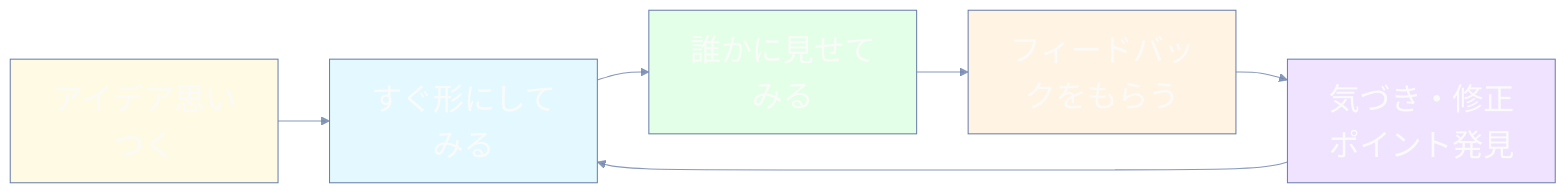
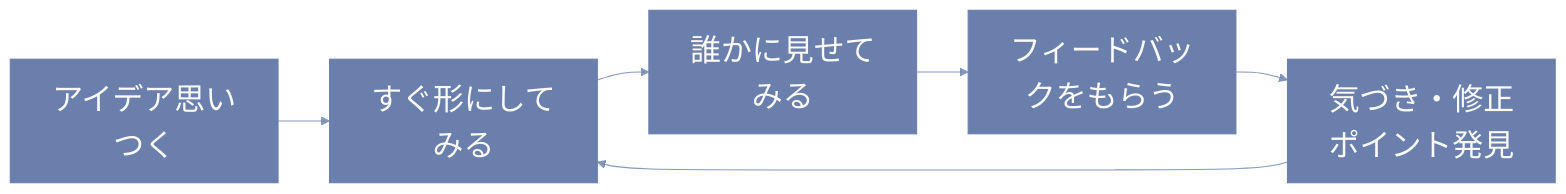
Before and after one commit to zoldof/zenn-content: the first of 2 diagrams in articles/idea-design-prototype.md, drawn with Mermaid. The commit also changed other lines of this file, not shown here.

````diff
--- a/articles/idea-design-prototype.md
+++ b/articles/idea-design-prototype.md
@@ -62,14 +62,9 @@
 ```mermaid
 %%{init:{'theme':'base','themeVariables':{'primaryColor':'#6A7FAB','primaryTextColor':'#FAFBF9','primaryBorderColor':'#6A7FAB','lineColor':'#6A7FABCC','textColor':'#6A7FABCC','fontSize':'30px'}}}%%
 flowchart LR
   A[アイデア思いつく] --> B[すぐ形にしてみる]
   B --> C[誰かに見せてみる]
   C --> D[フィードバックをもらう]
   D --> E[気づき・修正ポイント発見]
   E --> B
-  style A fill:#FFFAE3
-  style B fill:#E3F9FF
-  style C fill:#E3FFE8
-  style D fill:#FFF3E3
-  style E fill:#F0E3FF
 ```
````
